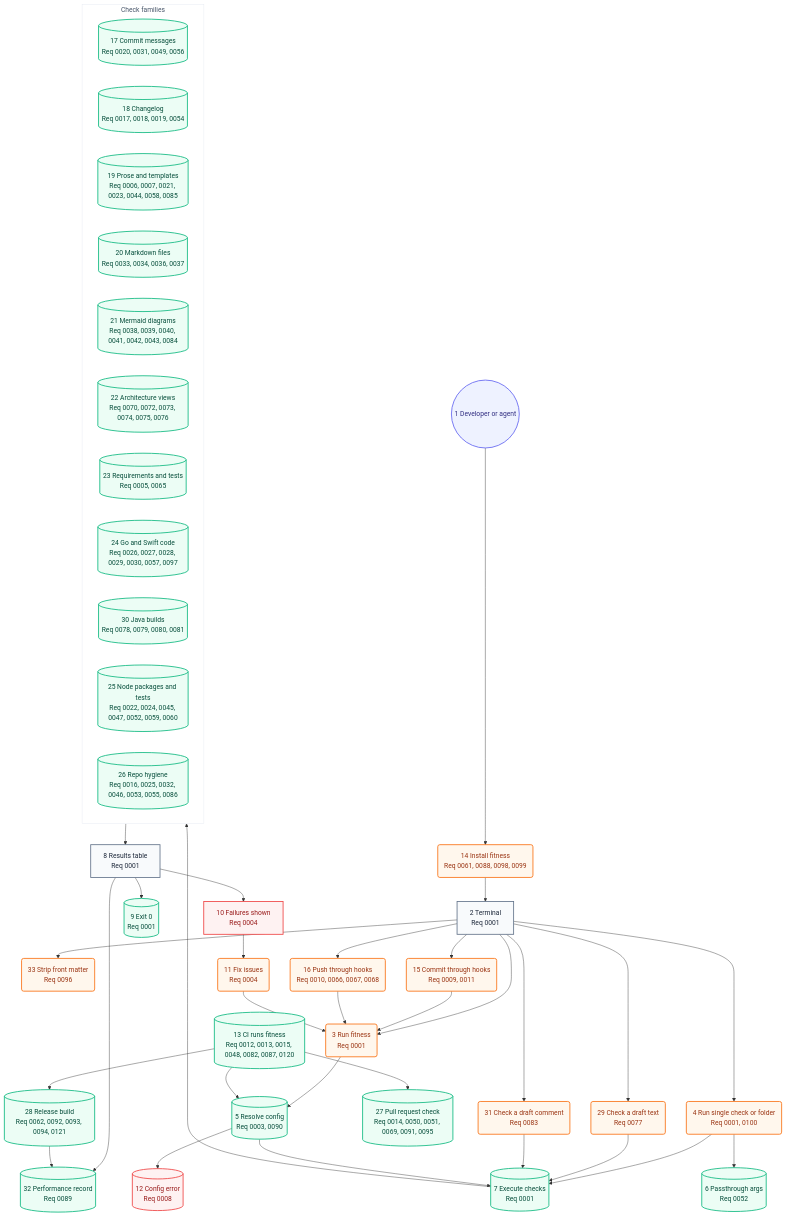
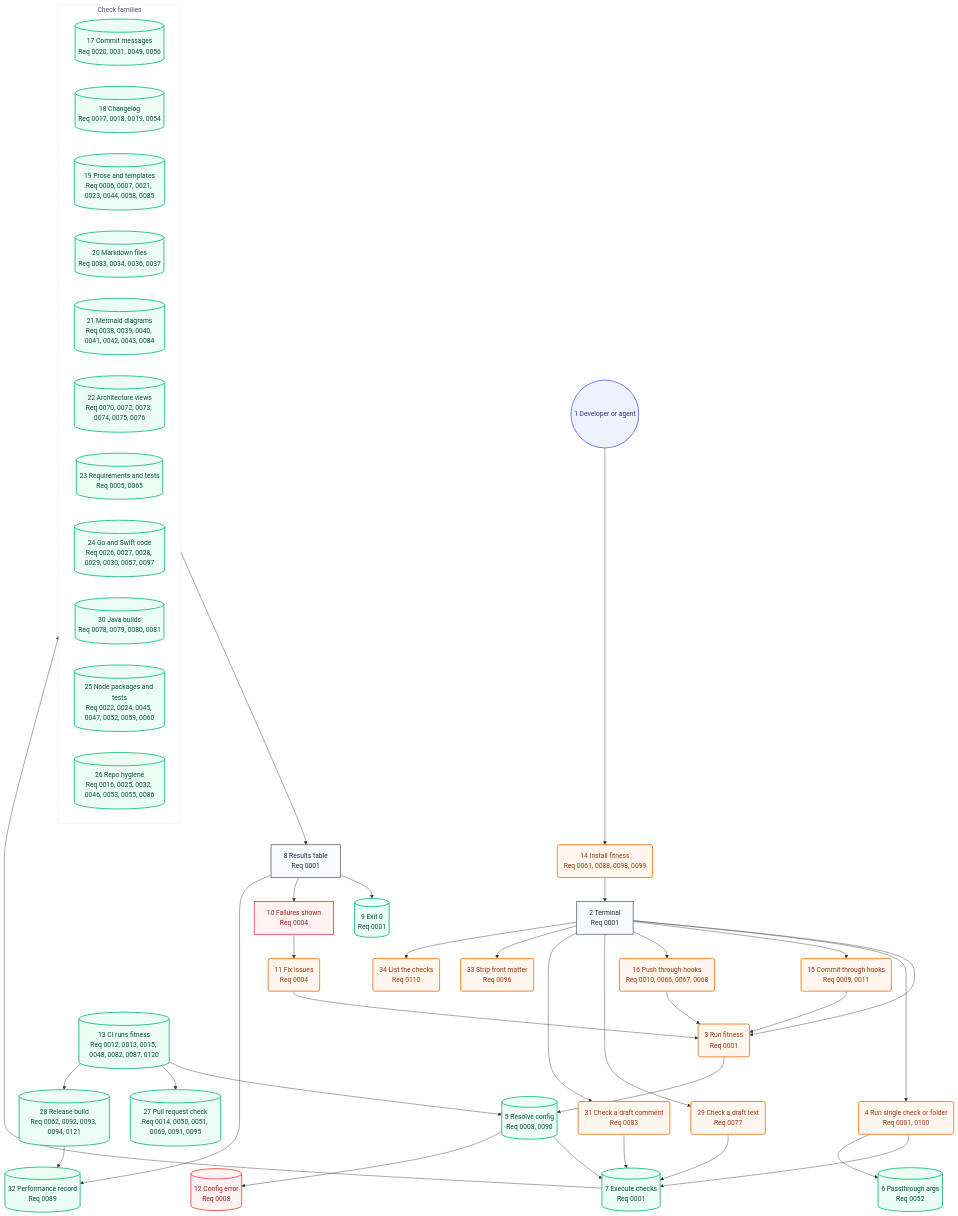
Before and after one commit to may-journal/fitness-runner: the second of 2 diagrams in docs/architecture/05-user-journey.md, drawn with Mermaid. The commit also changed other lines of this file and 84 other files, not shown here.

````diff
--- a/docs/architecture/05-user-journey.md
+++ b/docs/architecture/05-user-journey.md
@@ -40,78 +40,80 @@
 ```mermaid
 flowchart TB
     dev((1 Developer or agent)):::persona
     install(14 Install fitness<br/>Req 0061, 0088, 0098, 0099):::action
     terminal[2 Terminal<br/>Req 0001]:::screen
     runFull(3 Run fitness<br/>Req 0001):::action
     runSingle(4 Run single check or folder<br/>Req 0001, 0100):::action
     runBlob(29 Check a draft text<br/>Req 0077):::action
     runComment(31 Check a draft comment<br/>Req 0083):::action
     stripFront(33 Strip front matter<br/>Req 0096):::action
+    listChecks(34 List the checks<br/>Req 0110):::action
     commitHook(15 Commit through hooks<br/>Req 0009, 0011):::action
     pushHook(16 Push through hooks<br/>Req 0010, 0066, 0067, 0068):::action
     resolveConfig[(5 Resolve config<br/>Req 0003, 0090)]:::system
     passArgs[(6 Passthrough args<br/>Req 0052)]:::system
     executeChecks[(7 Execute checks<br/>Req 0001)]:::system
 
     subgraph checks["Check families"]
         commitChecks[(17 Commit messages<br/>Req 0020, 0031, 0049, 0056)]:::system
         changelogChecks[(18 Changelog<br/>Req 0017, 0018, 0019, 0054)]:::system
         proseChecks[(19 Prose and templates<br/>Req 0006, 0007, 0021, 0023, 0044, 0058, 0085)]:::system
         markdownChecks[(20 Markdown files<br/>Req 0033, 0034, 0036, 0037)]:::system
         mermaidChecks[(21 Mermaid diagrams<br/>Req 0038, 0039, 0040, 0041, 0042, 0043, 0084)]:::system
         architectureChecks[(22 Architecture views<br/>Req 0070, 0072, 0073, 0074, 0075, 0076)]:::system
         requirementChecks[(23 Requirements and tests<br/>Req 0005, 0065)]:::system
         goSwiftChecks[(24 Go and Swift code<br/>Req 0026, 0027, 0028, 0029, 0030, 0057, 0097)]:::system
         javaChecks[(30 Java builds<br/>Req 0078, 0079, 0080, 0081)]:::system
         nodeChecks[(25 Node packages and tests<br/>Req 0022, 0024, 0045, 0047, 0052, 0059, 0060)]:::system
         repoChecks[(26 Repo hygiene<br/>Req 0016, 0025, 0032, 0046, 0053, 0055, 0086)]:::system
     end
 
     resultsTable[8 Results table<br/>Req 0001]:::screen
     exitZero[(9 Exit 0<br/>Req 0001)]:::system
     failuresShown[10 Failures shown<br/>Req 0004]:::blocked
     fixIssues(11 Fix issues<br/>Req 0004):::action
     configError[(12 Config error<br/>Req 0008)]:::blocked
     ciRun[(13 CI runs fitness<br/>Req 0012, 0013, 0015, 0048, 0082, 0087, 0120)]:::system
     prCheck[(27 Pull request check<br/>Req 0014, 0050, 0051, 0069, 0091, 0095)]:::system
     release[(28 Release build<br/>Req 0062, 0092, 0093, 0094, 0121)]:::system
     perfRecord[(32 Performance record<br/>Req 0089)]:::system
 
     dev --> install
     install --> terminal
     terminal --> runFull
     terminal --> runSingle
     terminal --> commitHook
     terminal --> pushHook
     terminal --> runBlob
     terminal --> runComment
     terminal --> stripFront
+    terminal --> listChecks
     commitHook --> runFull
     pushHook --> runFull
     runFull --> resolveConfig
     runSingle --> executeChecks
     runSingle --> passArgs
     runBlob --> executeChecks
     runComment --> executeChecks
     resolveConfig --> executeChecks
     resolveConfig --> configError
     executeChecks --> checks
     checks --> resultsTable
     resultsTable --> exitZero
     resultsTable --> failuresShown
     failuresShown --> fixIssues
     fixIssues --> runFull
     ciRun --> resolveConfig
     ciRun --> prCheck
     ciRun --> release
     resultsTable --> perfRecord
     release --> perfRecord
 
     classDef persona fill:#eef2ff,stroke:#6366f1,color:#312e81,stroke-width:2px
     classDef screen fill:#f8fafc,stroke:#64748b,color:#1e293b,stroke-width:2px
     classDef action fill:#fff7ed,stroke:#f97316,color:#9a3412,stroke-width:2px
     classDef system fill:#ecfdf5,stroke:#10b981,color:#064e3b,stroke-width:2px
     classDef blocked fill:#fef2f2,stroke:#ef4444,color:#991b1b,stroke-width:2px
 
     style checks fill:#ffffff,stroke:#e2e8f0,color:#475569,stroke-width:1px
 ```
````
